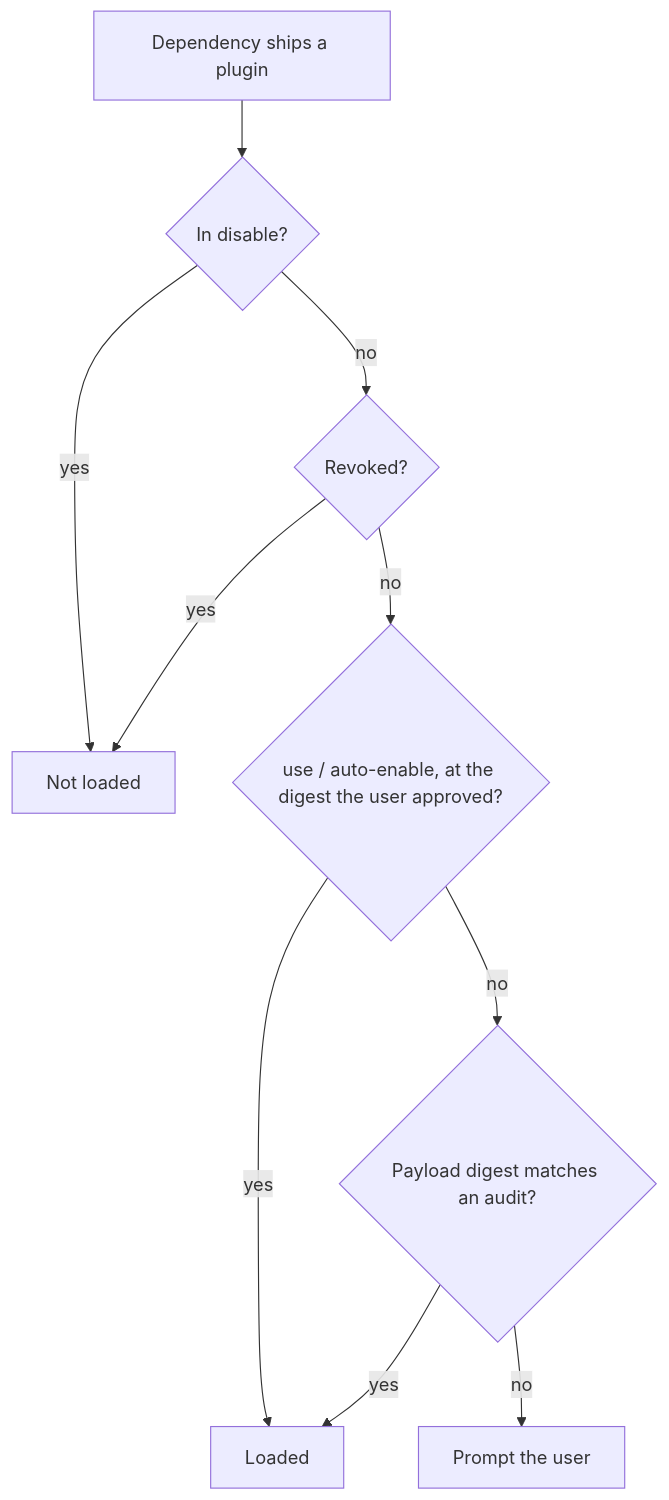
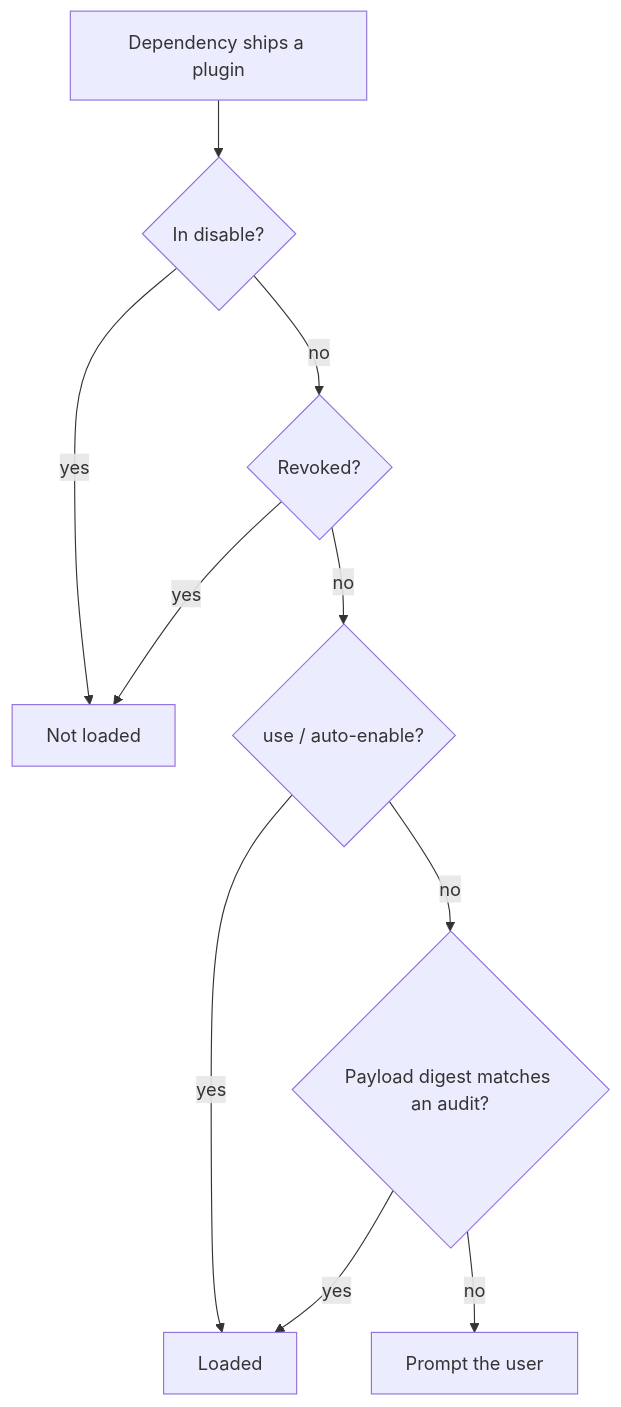
The first of 2 diagrams in md/rfds/automated-plugin-audits/README.md (emiperez95/symposium), drawn with Mermaid before and after one commit. The commit also changed other lines of this file, not shown here.

First line of the commit message:
rfd: standing grants, auto-accept setting, whole-skill classifier input

````diff
--- a/md/rfds/automated-plugin-audits/README.md
+++ b/md/rfds/automated-plugin-audits/README.md
@@ -37,12 +37,12 @@
 ```mermaid
 flowchart TD
     A[Dependency ships a plugin] --> B{In disable?}
     B -- yes --> X[Not loaded]
     B -- no --> C{Revoked?}
     C -- yes --> X
-    C -- no --> D{use / auto-enable, at the digest the user approved?}
+    C -- no --> D{use / auto-enable?}
     D -- yes --> L[Loaded]
     D -- no --> E{Payload digest matches an audit?}
     E -- yes --> L
     E -- no --> P[Prompt the user]
 ```
````
